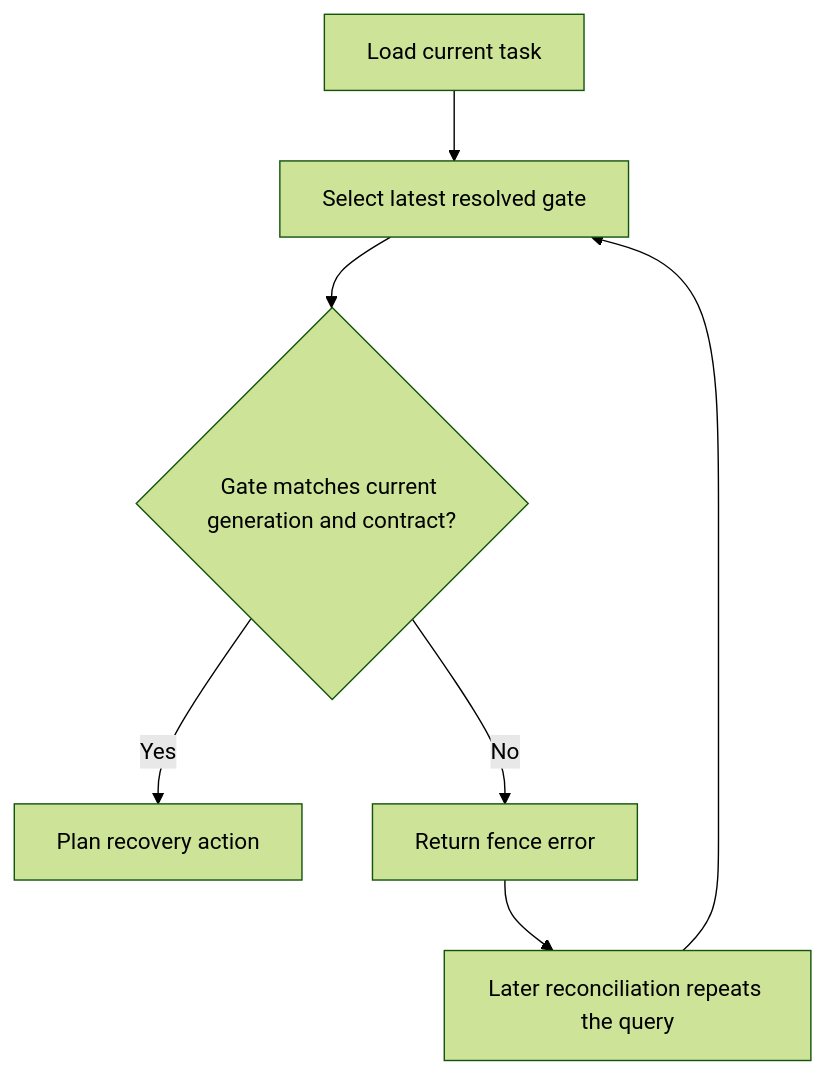
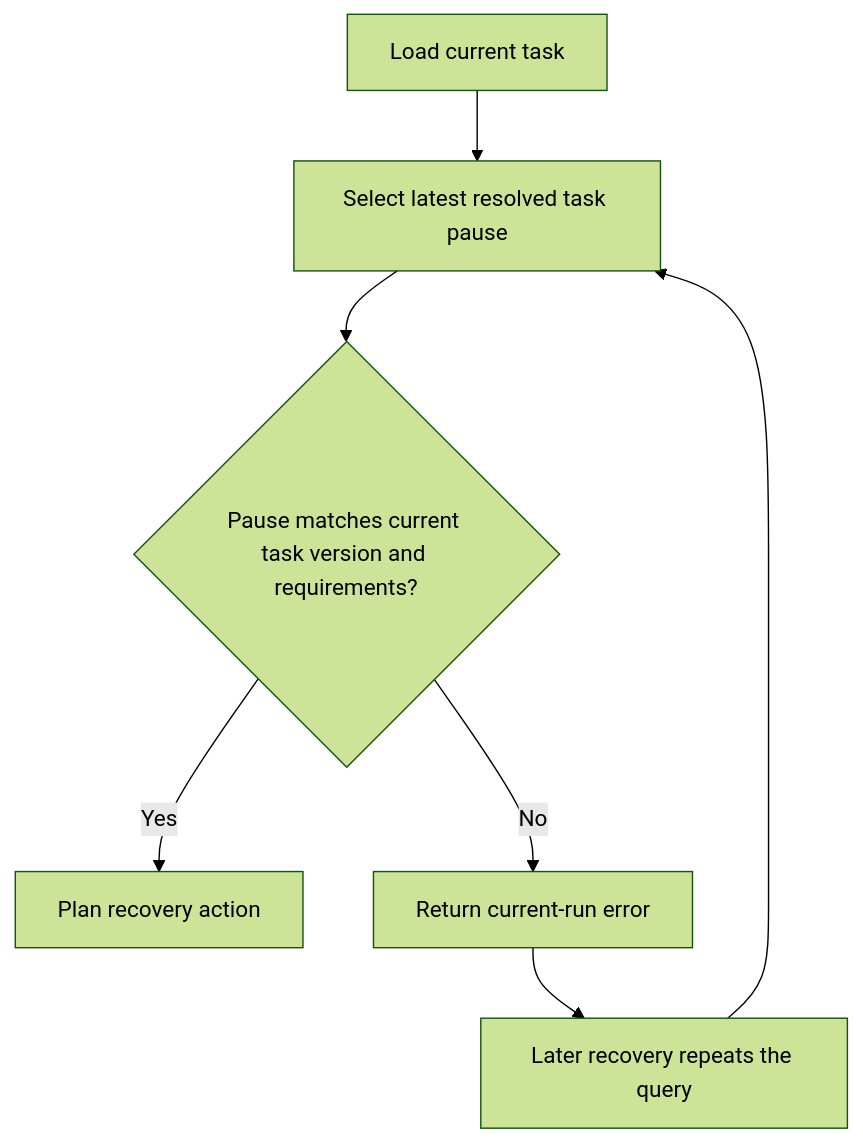
One commit to kpsuperplane/Noema changed the ninth of 29 diagrams in docs/superpowers/plans/2026-08-08-noema-practical-reliability-roadmap.md. Above: the diagram before and after it, drawn with Mermaid (forest theme). The commit also changed other lines of this file, not shown here.

Commit message:
docs: make plain code the first roadmap phase

````diff
--- a/docs/superpowers/plans/2026-08-08-noema-practical-reliability-roadmap.md
+++ b/docs/superpowers/plans/2026-08-08-noema-practical-reliability-roadmap.md
@@ -265,13 +683,13 @@
 ```mermaid
 flowchart TD
     A["Load current task"]
-    B["Select latest resolved gate"]
-    C{"Gate matches current generation and contract?"}
+    B["Select latest resolved task pause"]
+    C{"Pause matches current task version and requirements?"}
     D["Plan recovery action"]
-    E["Return fence error"]
-    F["Later reconciliation repeats the query"]
+    E["Return current-run error"]
+    F["Later recovery repeats the query"]
 
     A --> B --> C
     C -->|Yes| D
     C -->|No| E --> F --> B
 ```
````
